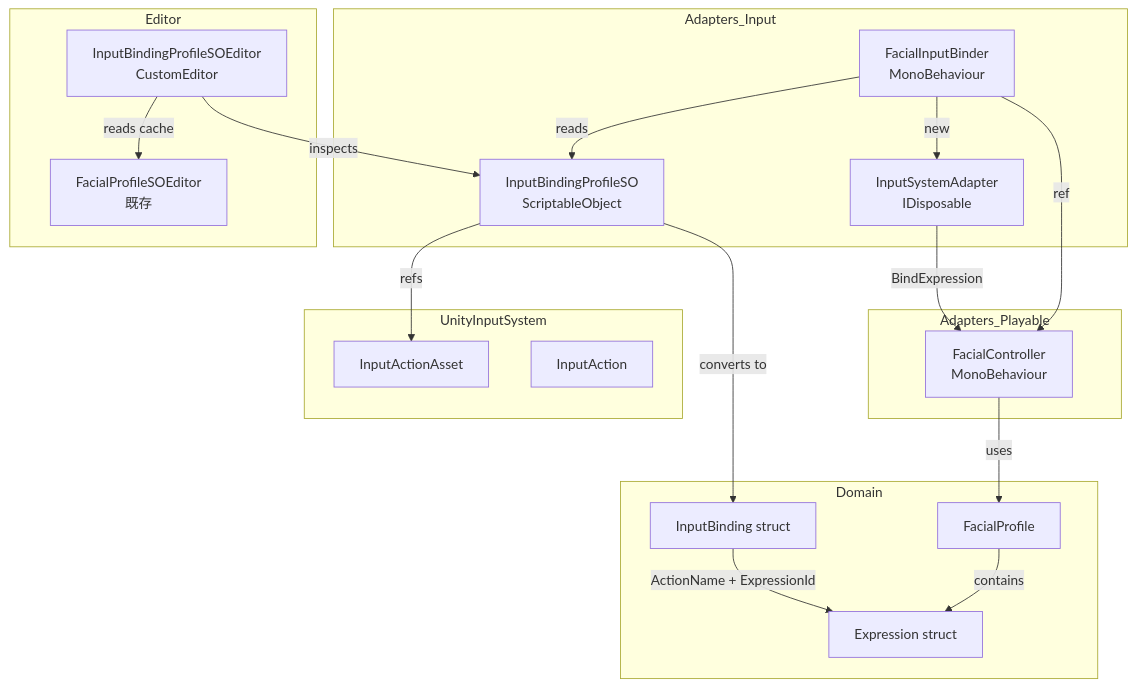
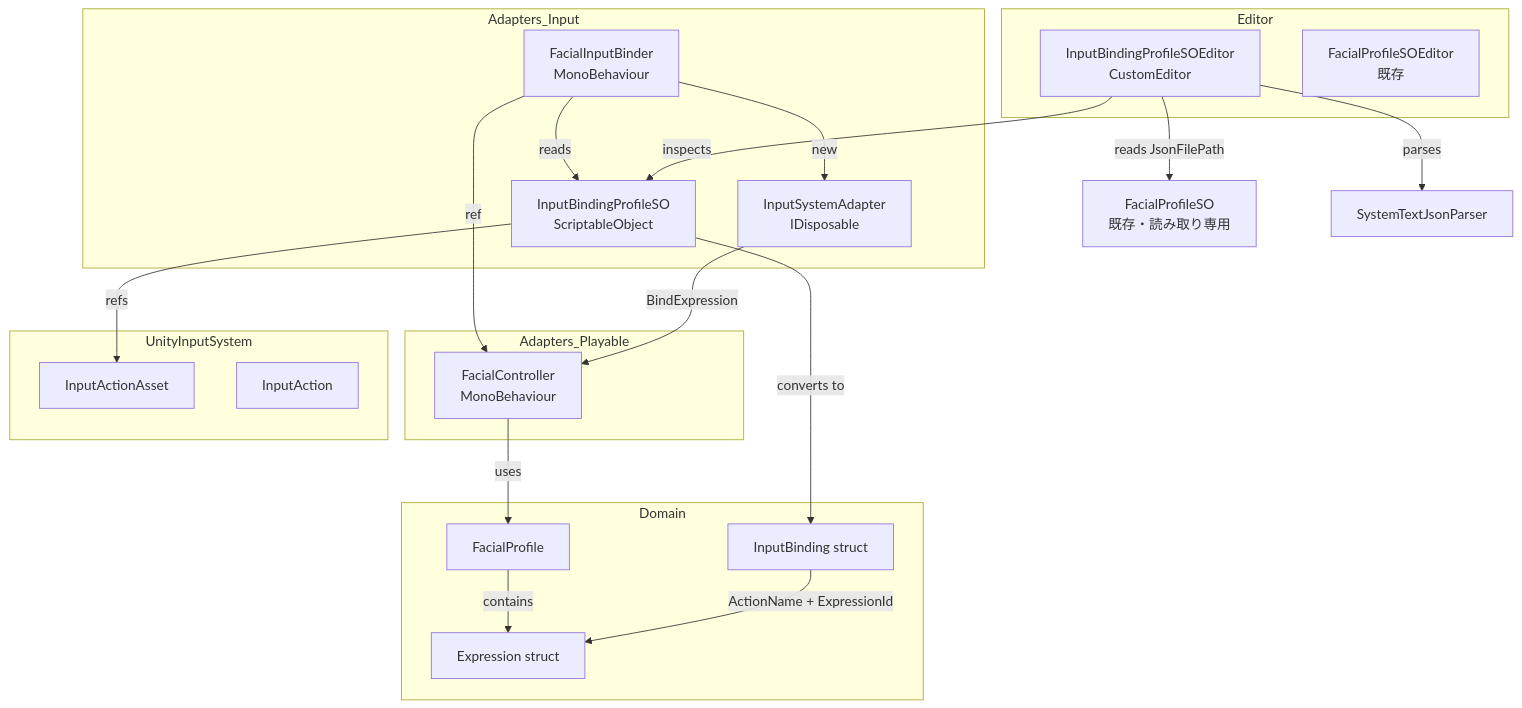
The first of 4 diagrams in .kiro/specs/input-binding-persistence/design.md (UNVGI/UnvgiFacialControl), drawn with Mermaid before and after one commit. The commit also changed other lines of this file and 1 other file, not shown here.

Commit message:
Update design.md, spec.json

````diff
--- a/.kiro/specs/input-binding-persistence/design.md
+++ b/.kiro/specs/input-binding-persistence/design.md
@@ -80,40 +81,41 @@
 ```mermaid
 graph TB
     subgraph Domain
         InputBinding[InputBinding struct]
         Expression[Expression struct]
         FacialProfile[FacialProfile]
     end
 
     subgraph Adapters_Input
         InputSystemAdapter[InputSystemAdapter\nIDisposable]
         FacialInputBinder[FacialInputBinder\nMonoBehaviour]
         InputBindingProfileSO[InputBindingProfileSO\nScriptableObject]
     end
 
     subgraph Adapters_Playable
         FacialController[FacialController\nMonoBehaviour]
     end
 
     subgraph Editor
         InputBindingProfileSOEditor[InputBindingProfileSOEditor\nCustomEditor]
         FacialProfileSOEditor[FacialProfileSOEditor\n既存]
     end
 
     subgraph UnityInputSystem
         InputActionAsset[InputActionAsset]
         InputAction[InputAction]
     end
 
     FacialInputBinder -->|new| InputSystemAdapter
     FacialInputBinder -->|reads| InputBindingProfileSO
     FacialInputBinder -->|ref| FacialController
     InputSystemAdapter -->|BindExpression| FacialController
     InputBindingProfileSO -->|converts to| InputBinding
     InputBindingProfileSO -->|refs| InputActionAsset
     InputBindingProfileSOEditor -->|inspects| InputBindingProfileSO
-    InputBindingProfileSOEditor -->|reads cache| FacialProfileSOEditor
+    InputBindingProfileSOEditor -->|reads JsonFilePath| FacialProfileSO_existing[FacialProfileSO\n既存・読み取り専用]
+    InputBindingProfileSOEditor -->|parses| JsonParser[SystemTextJsonParser]
     FacialController -->|uses| FacialProfile
     FacialProfile -->|contains| Expression
     InputBinding -->|ActionName + ExpressionId| Expression
 ```
````
